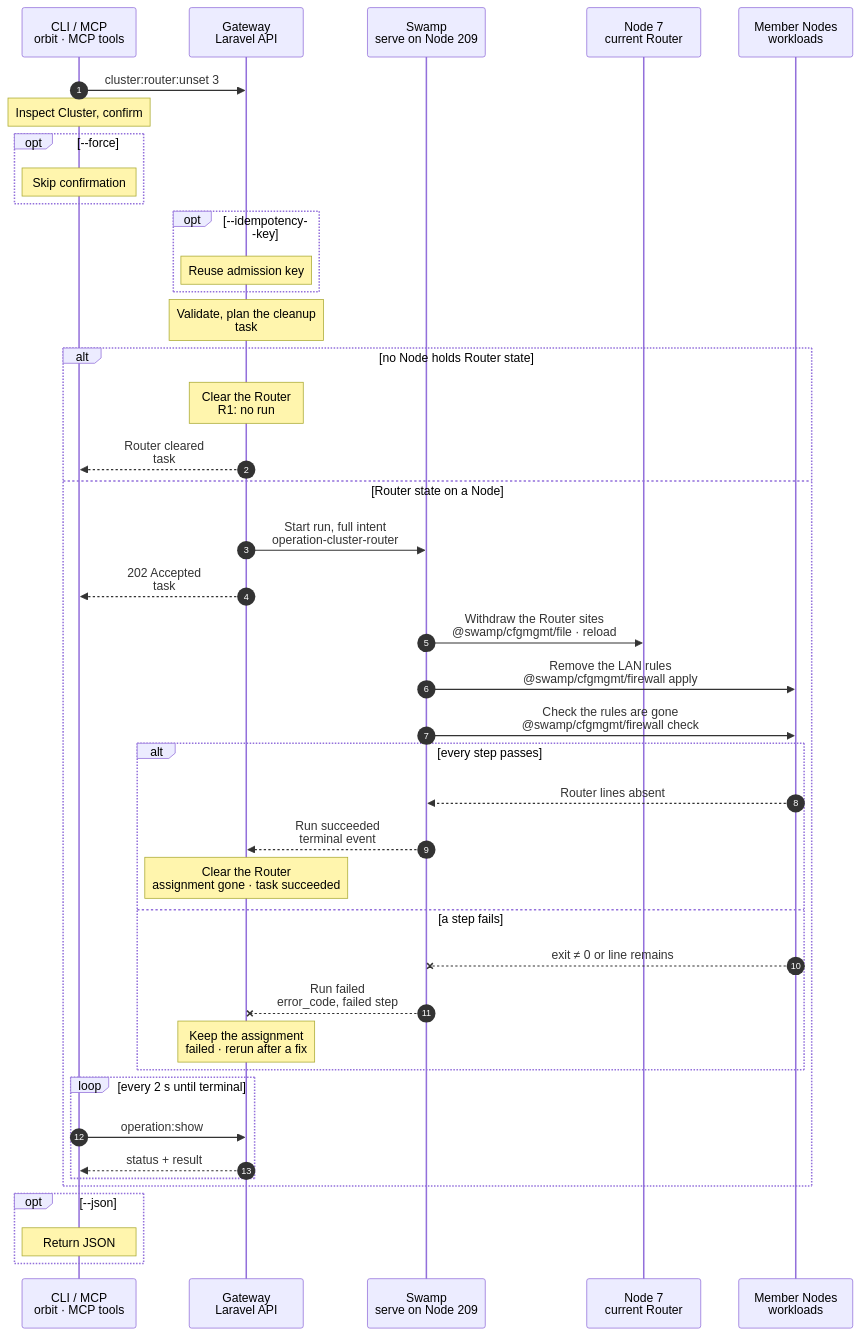
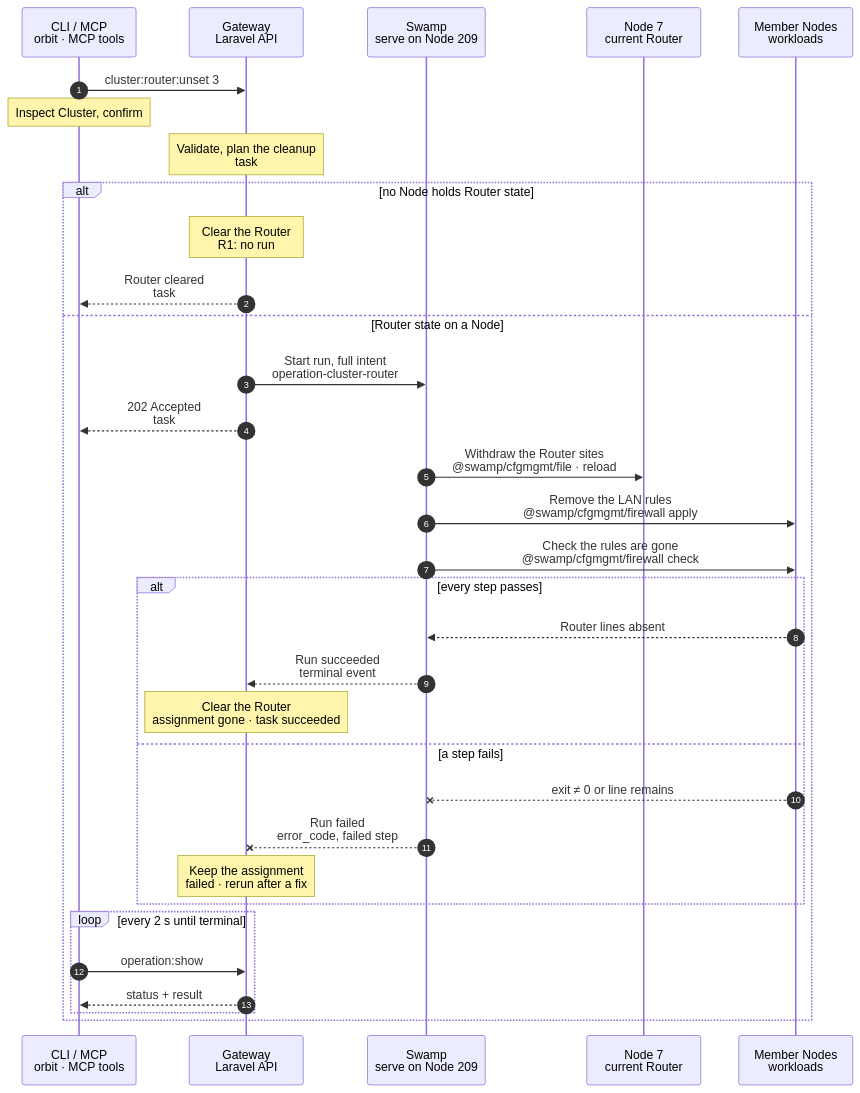
One commit to hardimpactdev/orbit changed the diagram in docs/cli/cluster/router-unset.mmd. Above: the diagram before and after it, drawn with Mermaid. The commit also changed 1 other file, not shown here.

Commit message:
docs(cluster): keep --force, --idempotency-key and --json in notes, not opt blocks
Rule 23 puts these call flags in %%> notes; an opt block is for an option that adds steps.

```diff
--- a/docs/cli/cluster/router-unset.mmd
+++ b/docs/cli/cluster/router-unset.mmd
@@ -1,126 +1,113 @@
 sequenceDiagram
   %% Target design: ADR 0244 task, DECISIONS R2-R4, same shape as cluster.router_set. docs/reference/native-cluster-router.md, docs/cli/cluster.mdx.
   %% Tightened: flow-tighten 2026-11-02, rules 1, 22 (no empty DNS note step; cfgmgmt file for the sites).
   %% status: draft
   %% command: cluster:router:unset
   %% kind: cluster.router_unset
   autonumber
   %% lane CLI icon=terminal pill=caller tone=gray
   %% lane GW icon=gateway pill=intent tone=blue
   %% lane SW icon=workflow pill=executes tone=green
   %% lane N icon=server pill=target tone=amber
   %% lane M icon=server pill=target tone=purple
   participant CLI as CLI / MCP<br/>orbit · MCP tools
   participant GW as Gateway<br/>Laravel API
   participant SW as Swamp<br/>serve on Node 209
   participant N as Node 7<br/>current Router
   participant M as Member Nodes<br/>workloads
   CLI->>GW: cluster:router:unset 3
   %%> Command:
   %%> - `orbit cluster:router:unset 3`
   %%> - syntax: `<cluster> [--force] [--idempotency-key=KEY] [--json]`
+  %%> Options:
+  %%> - `--idempotency-key`: reuses the same Operation admission for a retry with the same key
+  %%> - `--json`: waits for the terminal Operation and renders it as JSON
   %%> Confirmation:
   %%> - without `--force`, the CLI asks first; the default is No
   %%> - without a terminal, or with `--json`, `--force` is required
   Note over CLI: Inspect Cluster, confirm
   %%> What it does:
   %%> - reads Cluster 3 and asks for confirmation; the default is No
-  opt --force
-    Note over CLI: Skip confirmation
-    %%> What it changes:
-    %%> - skips the prompt; the Cluster read still runs
-    %%> - required without a terminal or with `--json`
-  end
-  opt --idempotency-key
-    Note over GW: Reuse admission key
-    %%> What it does:
-    %%> - reuses the same Operation admission for a retry with the same key
-  end
   Note over GW: Validate, plan the cleanup<br/>task #5161 · Cluster lock
   %%> Requirements:
   %%> - your Node has an access grant to Node 7
   %%> - Cluster 3 is inactive or has no TLD (`cluster.active_router_required`)
   %%> - Cluster 3 owns no Route (`cluster.routes_require_router`)
   %%> - no other Router change runs for Cluster 3; the Gateway waits up to 30 seconds, then refuses with `cluster.router_busy`
   %%> Builds:
   %%> - the Router state to remove: Router sites and certificates, and the LAN rules only the Router needed
   %%> Result:
   %%> - Node 7's `router` assignment recorded as retiring
   %%> - task #5161 recorded with the full intent
   %%> Decides:
   %%> - whether any Node holds Router state: a Router site, a Router certificate, or a LAN rule only the Router needed
   alt no Node holds Router state
     Note over GW: Clear the Router<br/>R1: no run
     %%> Result:
     %%> - Node 7's `router` assignment is deleted and task #5161 succeeds at once; no Swamp run starts (R1)
     GW-->>CLI: Router cleared<br/>task #5161 succeeded
     %%> What you get:
     %%> - the final result at once; there is nothing to follow
   else Router state on a Node
   GW->>SW: Start run, full intent<br/>operation-cluster-router
   %%> What it does:
   %%> - starts one Swamp run on serve (Node 209)
   %%> Inputs:
   %%> - the state to remove, and the addresses and SSH host keys of Node 7 and the members
   GW-->>CLI: 202 Accepted<br/>task #5161
   %%> What you get:
   %%> - the task number, at once
   %%> Next:
   %%> - the CLI follows the task with `operation:show`
   SW->>N: Withdraw the Router sites<br/>@swamp/cfgmgmt/file · reload
   %%> How:
   %%> - over SSH from 209 with `@swamp/ssh` and `@swamp/cfgmgmt/file`; `caddy validate`, then a reload
   %%> No DNS change:
   %%> - an inactive Cluster, or one without a TLD and Routes, gets no Router answers from private DNS
   %%> What it does:
   %%> - removes the Router sites and their certificates, validates the rest, and reloads Caddy; no restart
   %%> - Caddy and the packages stay, as for every role removal that keeps shared packages
   SW->>M: Remove the LAN rules<br/>@swamp/cfgmgmt/firewall apply
   %%> What it does:
   %%> - on Node 7: removes the 443 and 53 allows for member LAN addresses
   %%> - on each member: removes the allows for Node 7's LAN address that no other Route needs
   %%> - never removes WireGuard baseline rules
   SW->>M: Check the rules are gone<br/>@swamp/cfgmgmt/firewall check
   %%> What it does:
   %%> - reads ufw back on every Node and checks the Router lines are absent
   alt every step passes
     M-->>SW: Router lines absent
     %%> Returns:
     %%> - the check passed on every Node
     SW-->>GW: Run succeeded<br/>terminal event
     %%> How the Gateway learns it:
     %%> - its shared run reader sees the terminal event; Swamp never calls the Gateway
     Note over GW: Clear the Router<br/>assignment gone · task succeeded
     %%> Result:
     %%> - Node 7's `router` assignment is deleted; Cluster 3 has no Router
     %%> - task #5161 succeeds
   else a step fails
     M--xSW: exit ≠ 0 or line remains
     %%> When:
     %%> - Caddy refuses the config, SSH fails, or a rule is still present
     SW--xGW: Run failed<br/>error_code, failed step
     %%> The Gateway reads:
     %%> - which step failed and its error code
     Note over GW: Keep the assignment<br/>failed · rerun after a fix
     %%> Result:
     %%> - Node 7's `router` assignment stays, marked failed
     %%> - task #5161 fails
     %%> On the Node:
     %%> - steps that finished stay done; there is no rollback, because the Cluster serves no traffic through the Router
     %%> Retry:
     %%> - run the same command again; it skips what is already removed
   end
   loop every 2 s until terminal
     CLI->>GW: operation:show #5161
     %%> What it does:
     %%> - asks for the task's status every 2 seconds until it has ended
     GW-->>CLI: status + result
     %%> Returns:
     %%> - the current status, and the result once the task has ended
   end
   end
-  opt --json
-    Note over CLI: Return JSON
-    %%> Result:
-    %%> - waits for the terminal Operation and renders it as JSON; requires `--force`
-  end
```
